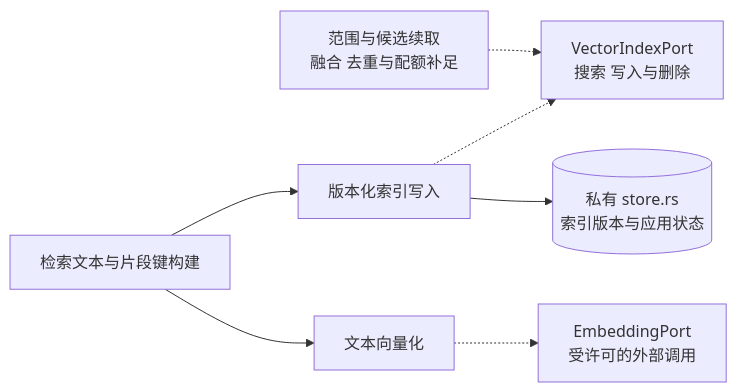
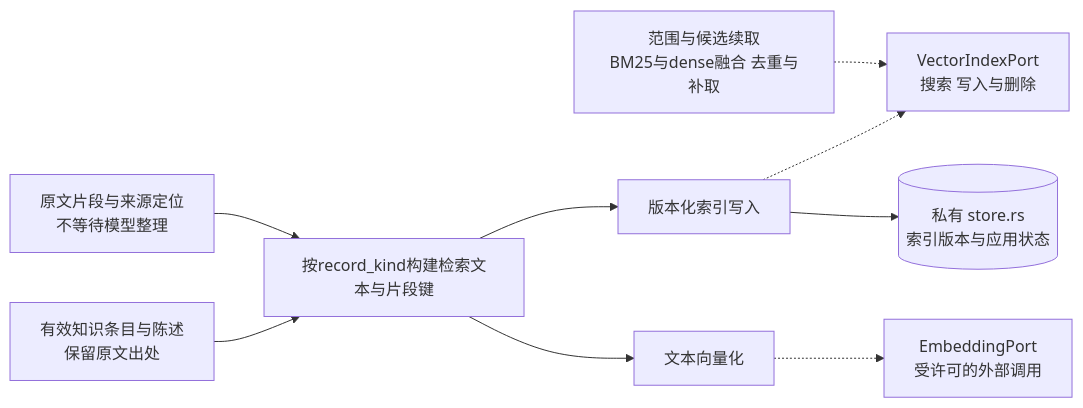
Before and after one commit to yaoziyaoguai/data_agent: the seventh of 11 diagrams in docs/architecture/knowledge-modules.md, drawn with Mermaid. The commit also changed other lines of this file and 55 other files, not shown here.

````diff
--- a/docs/architecture/knowledge-modules.md
+++ b/docs/architecture/knowledge-modules.md
@@ -364,10 +382,12 @@
 ```mermaid
 flowchart LR
-    Search[范围与候选续取<br/>融合 去重与配额补足]
+    Search[范围与候选续取<br/>BM25与dense融合 去重与补取]
     Search -.-> VectorPort[VectorIndexPort<br/>搜索 写入与删除]
-    Build[检索文本与片段键构建] --> Apply[版本化索引写入]
+    Raw[原文片段与来源定位<br/>不等待模型整理] --> Build
+    Knowledge[有效知识条目与陈述<br/>保留原文出处] --> Build
+    Build[按record_kind构建检索文本与片段键] --> Apply[版本化索引写入]
     Build --> Embed[文本向量化]
     Embed -.-> EmbeddingPort[EmbeddingPort<br/>受许可的外部调用]
     Apply -.-> VectorPort
     Apply --> Store[(私有 store.rs<br/>索引版本与应用状态)]
 ```
````
